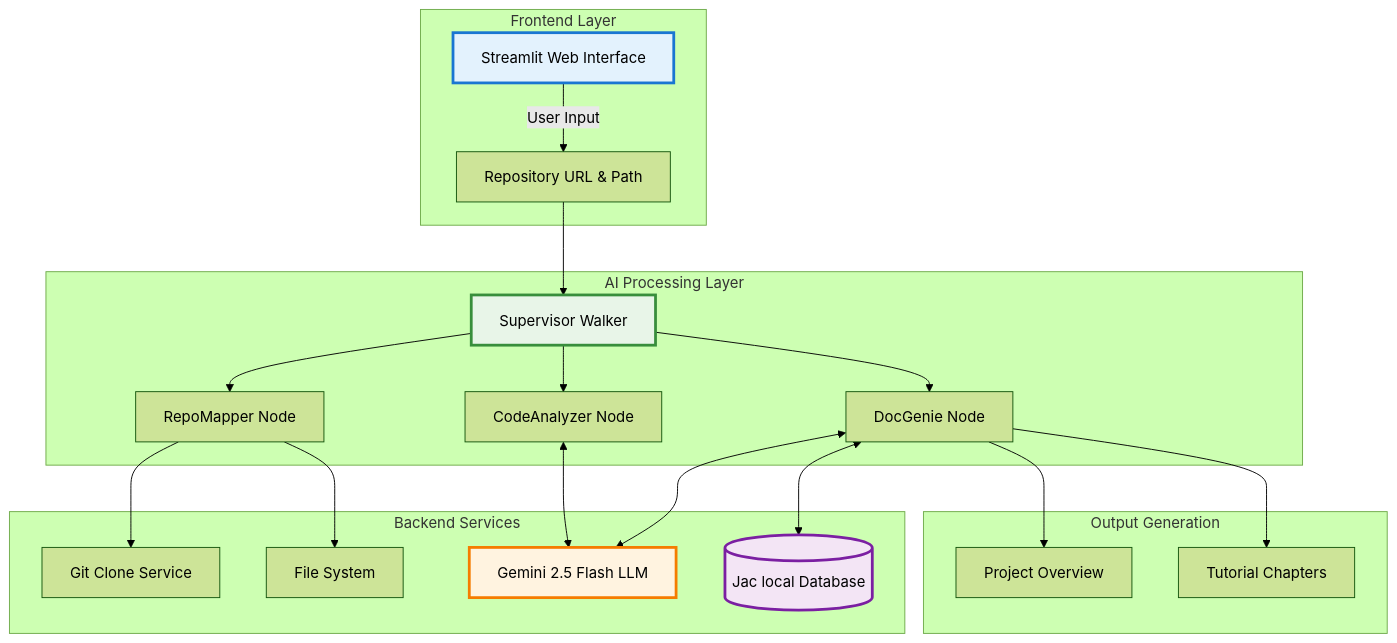
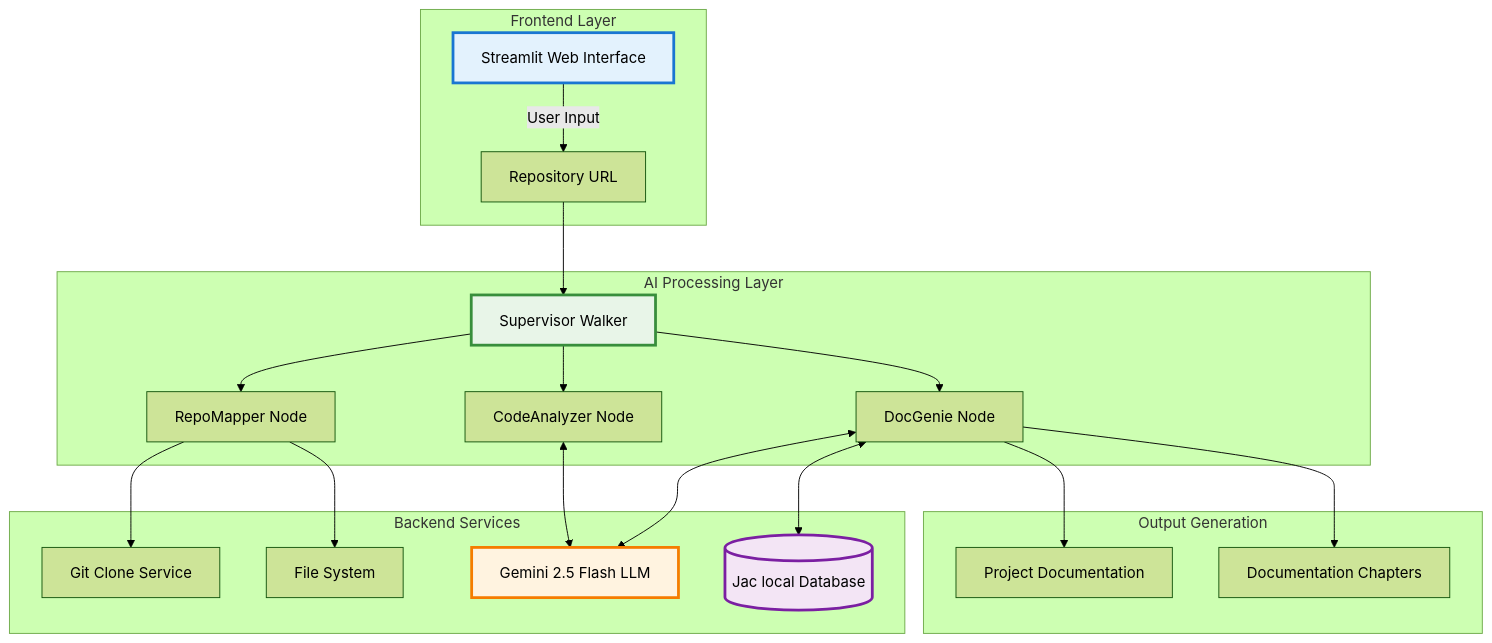
The diagram in codebase_genius/README.md (Mr-waweru/Jaseci-repo), drawn with Mermaid (forest theme) before and after one commit. The commit also changed other lines of this file, not shown here.

````diff
--- a/codebase_genius/README.md
+++ b/codebase_genius/README.md
@@ -11,45 +84,45 @@
 ```mermaid
 graph TB
     subgraph "Frontend Layer"
         UI[Streamlit Web Interface]
-        UI --> |User Input| INPUT[Repository URL & Path]
+        UI --> |User Input| INPUT[Repository URL]
     end
     
     subgraph "AI Processing Layer"
         SUPERVISOR[Supervisor Walker]
         REPO[RepoMapper Node]
         CODE[CodeAnalyzer Node] 
         DOC[DocGenie Node]
         
         SUPERVISOR --> REPO
         SUPERVISOR --> CODE
         SUPERVISOR --> DOC
     end
     
     subgraph "Backend Services"
         GIT[Git Clone Service]
         LLM[Gemini 2.5 Flash LLM]
         DB[(Jac local Database)]
         FILE[File System]
     end
     
     subgraph "Output Generation"
-        OVERVIEW[Project Overview]
-        CHAPTERS[Tutorial Chapters]
+        OVERVIEW[Project Documentation]
+        CHAPTERS[Documentation Chapters]
     end
     
     INPUT --> SUPERVISOR
     REPO --> GIT
     REPO --> FILE
     CODE <--> LLM
     DOC <--> LLM
     DOC <--> DB
     
     DOC --> OVERVIEW
     DOC --> CHAPTERS
     
     style UI fill:#E3F2FD,stroke:#1976D2,stroke-width:3px
     style SUPERVISOR fill:#E8F5E8,stroke:#388E3C,stroke-width:3px
     style LLM fill:#FFF3E0,stroke:#F57C00,stroke-width:3px
     style DB fill:#F3E5F5,stroke:#7B1FA2,stroke-width:3px
 ```
````
